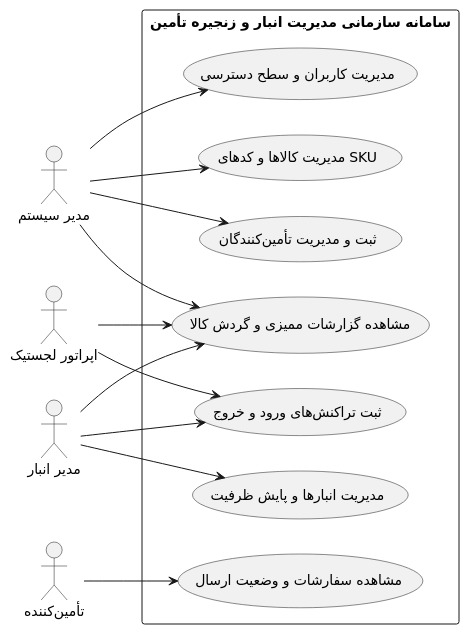
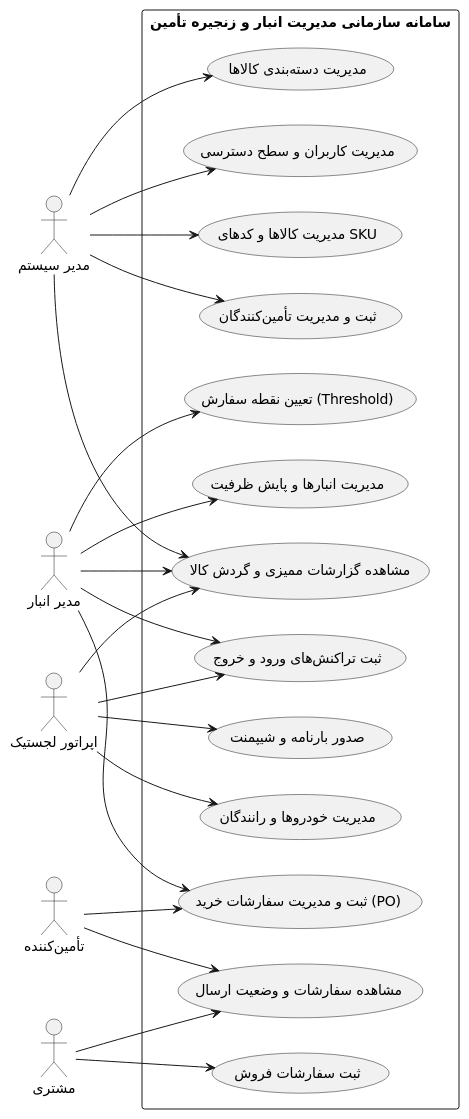
The diagram in diagrams/use_case.puml (sorosh-commit/supply-chain-management-system), drawn with PlantUML before and after one commit.

```diff
--- a/diagrams/use_case.puml
+++ b/diagrams/use_case.puml
@@ -1,31 +1,47 @@
 @startuml
 left to right direction
 actor "مدیر سیستم" as Admin
 actor "مدیر انبار" as Manager
 actor "اپراتور لجستیک" as Operator
 actor "تأمین‌کننده" as SupplierActor
+actor "مشتری" as Customer
 
 rectangle "سامانه سازمانی مدیریت انبار و زنجیره تأمین" {
     usecase "مدیریت کاربران و سطح دسترسی" as UC1
     usecase "مدیریت انبارها و پایش ظرفیت" as UC2
     usecase "مدیریت کالاها و کدهای SKU" as UC3
     usecase "ثبت و مدیریت تأمین‌کنندگان" as UC4
     usecase "ثبت تراکنش‌های ورود و خروج" as UC5
     usecase "مشاهده گزارشات ممیزی و گردش کالا" as UC6
     usecase "مشاهده سفارشات و وضعیت ارسال" as UC7
+    usecase "ثبت و مدیریت سفارشات خرید (PO)" as UC8
+    usecase "ثبت سفارشات فروش" as UC9
+    usecase "تعیین نقطه سفارش (Threshold)" as UC10
+    usecase "مدیریت خودروها و رانندگان" as UC11
+    usecase "صدور بارنامه و شیپمنت" as UC12
+    usecase "مدیریت دسته‌بندی کالاها" as UC13
 }
 
 Admin --> UC1
 Admin --> UC3
 Admin --> UC4
 Admin --> UC6
+Admin --> UC13
 
 Manager --> UC2
 Manager --> UC5
 Manager --> UC6
+Manager --> UC8
+Manager --> UC10
 
 Operator --> UC5
 Operator --> UC6
+Operator --> UC11
+Operator --> UC12
 
 SupplierActor --> UC7
+SupplierActor --> UC8
+
+Customer --> UC9
+Customer --> UC7
 @enduml
```
